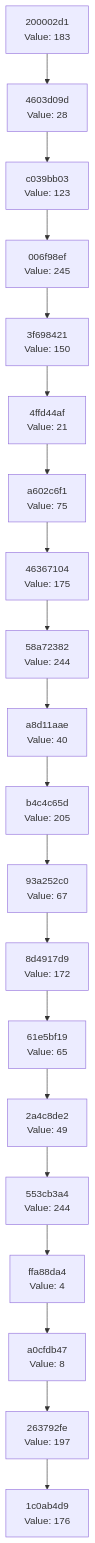
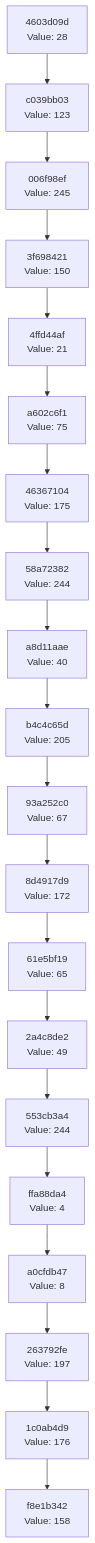
Before and after one commit to Abhisheksinha1506/hash-chain-evolver: the diagram in docs/CHAIN_VISUALIZATION.md, drawn with Mermaid. The commit also changed 2 other files, not shown here.

Commit message:
Evolution Step

````diff
--- a/docs/CHAIN_VISUALIZATION.md
+++ b/docs/CHAIN_VISUALIZATION.md
@@ -3,42 +3,42 @@
 ```mermaid
 graph TD
-    C0["1c0ab4d9<br/>Value: 176"]
-    C1["263792fe<br/>Value: 197"]
+    C0["f8e1b342<br/>Value: 158"]
+    C1["1c0ab4d9<br/>Value: 176"]
     C1 --> C0
-    C2["a0cfdb47<br/>Value: 8"]
+    C2["263792fe<br/>Value: 197"]
     C2 --> C1
-    C3["ffa88da4<br/>Value: 4"]
+    C3["a0cfdb47<br/>Value: 8"]
     C3 --> C2
-    C4["553cb3a4<br/>Value: 244"]
+    C4["ffa88da4<br/>Value: 4"]
     C4 --> C3
-    C5["2a4c8de2<br/>Value: 49"]
+    C5["553cb3a4<br/>Value: 244"]
     C5 --> C4
-    C6["61e5bf19<br/>Value: 65"]
+    C6["2a4c8de2<br/>Value: 49"]
     C6 --> C5
-    C7["8d4917d9<br/>Value: 172"]
+    C7["61e5bf19<br/>Value: 65"]
     C7 --> C6
-    C8["93a252c0<br/>Value: 67"]
+    C8["8d4917d9<br/>Value: 172"]
     C8 --> C7
-    C9["b4c4c65d<br/>Value: 205"]
+    C9["93a252c0<br/>Value: 67"]
     C9 --> C8
-    C10["a8d11aae<br/>Value: 40"]
+    C10["b4c4c65d<br/>Value: 205"]
     C10 --> C9
-    C11["58a72382<br/>Value: 244"]
+    C11["a8d11aae<br/>Value: 40"]
     C11 --> C10
-    C12["46367104<br/>Value: 175"]
+    C12["58a72382<br/>Value: 244"]
     C12 --> C11
-    C13["a602c6f1<br/>Value: 75"]
+    C13["46367104<br/>Value: 175"]
     C13 --> C12
-    C14["4ffd44af<br/>Value: 21"]
+    C14["a602c6f1<br/>Value: 75"]
     C14 --> C13
-    C15["3f698421<br/>Value: 150"]
+    C15["4ffd44af<br/>Value: 21"]
     C15 --> C14
-    C16["006f98ef<br/>Value: 245"]
+    C16["3f698421<br/>Value: 150"]
     C16 --> C15
-    C17["c039bb03<br/>Value: 123"]
+    C17["006f98ef<br/>Value: 245"]
     C17 --> C16
-    C18["4603d09d<br/>Value: 28"]
+    C18["c039bb03<br/>Value: 123"]
     C18 --> C17
-    C19["200002d1<br/>Value: 183"]
+    C19["4603d09d<br/>Value: 28"]
     C19 --> C18
 ```
````
